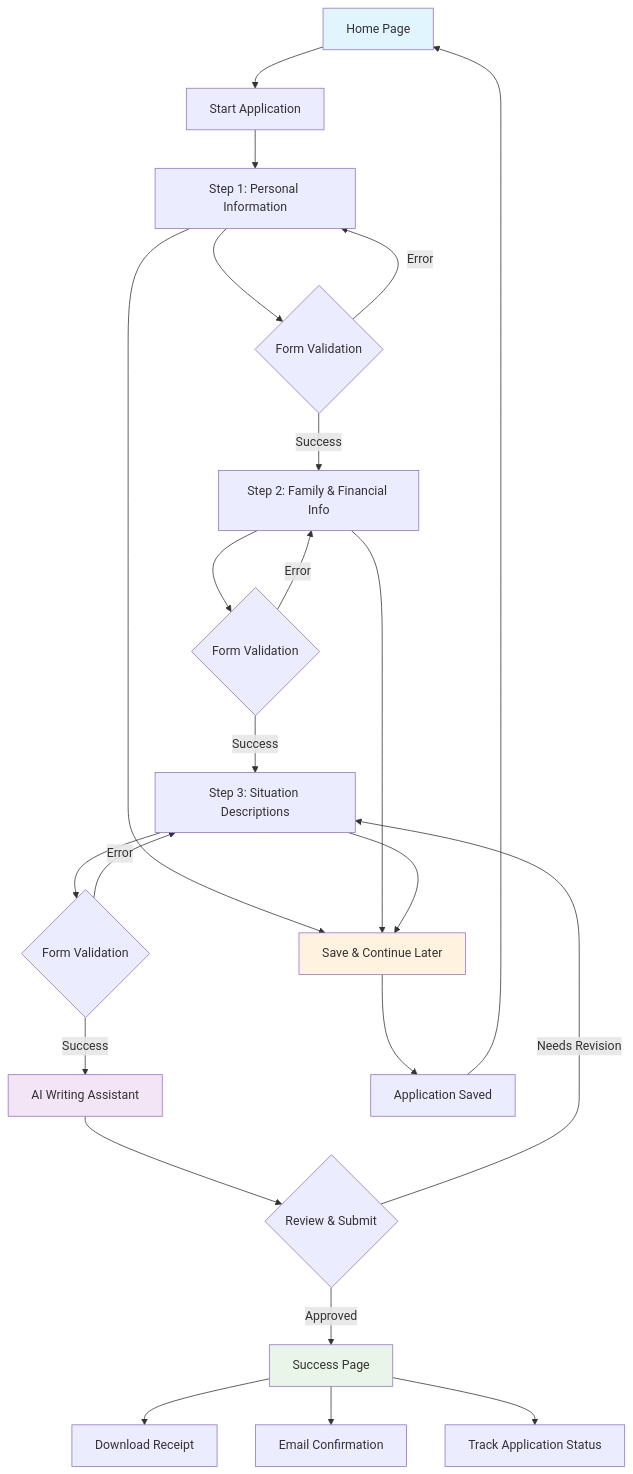
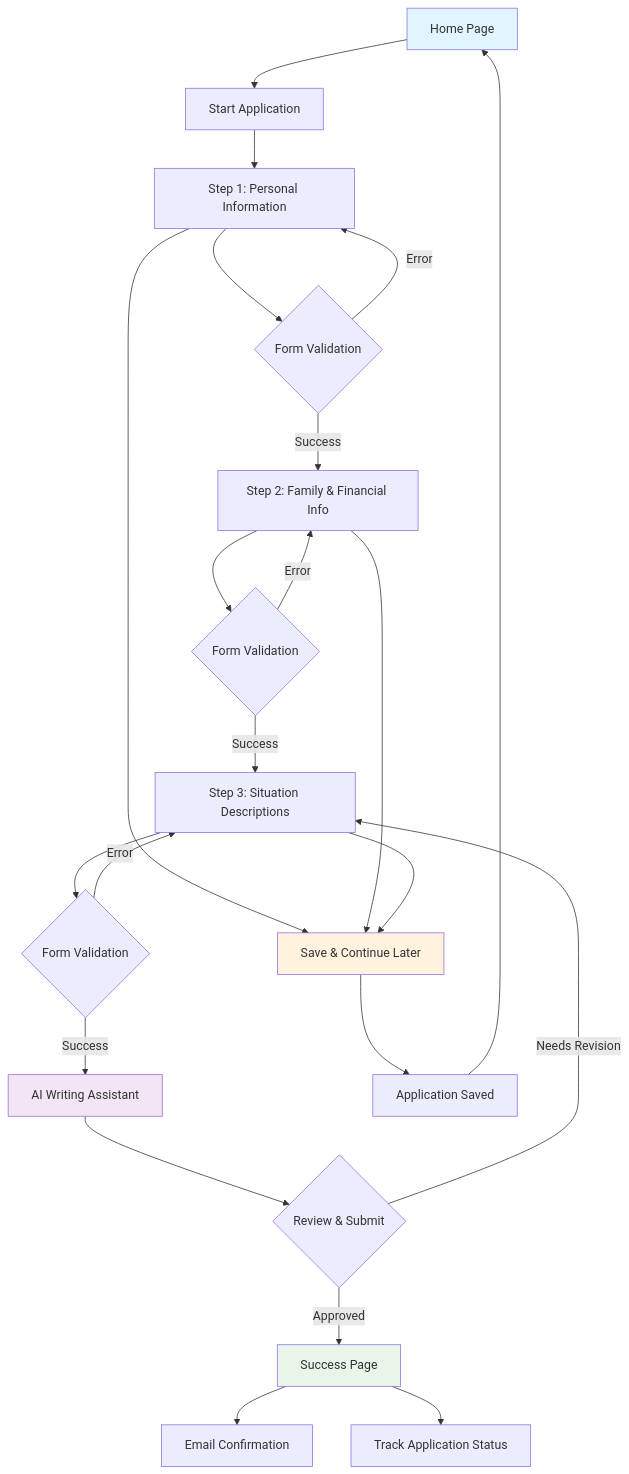
Before and after one commit to mahmoud-mamdouh-matwaly/social-support-app: the diagram in README.md, drawn with Mermaid. The commit also changed 2 other files, not shown here.

Commit message:
fix: rm download receipt

````diff
--- a/README.md
+++ b/README.md
@@ -303,36 +303,35 @@
 ```mermaid
 graph TD
     A[Home Page] --> B[Start Application]
     B --> C[Step 1: Personal Information]
     
     C --> G{Form Validation}
     G -->|Success| D[Step 2: Family & Financial Info]
     G -->|Error| C
     
     D --> H{Form Validation}
     H -->|Success| E[Step 3: Situation Descriptions]
     H -->|Error| D
     
     E --> I{Form Validation}
     I -->|Success| F[AI Writing Assistant]
     I -->|Error| E
     
     F --> J{Review & Submit}
     J -->|Needs Revision| E
     J -->|Approved| K[Success Page]
     
     C --> L[Save & Continue Later]
     D --> L
     E --> L
     L --> M[Application Saved]
     M --> A
     
-    K --> N[Download Receipt]
     K --> O[Email Confirmation]
     K --> P[Track Application Status]
     
     style A fill:#e1f5fe
     style K fill:#e8f5e8
     style F fill:#f3e5f5
     style L fill:#fff3e0
 ```
````
